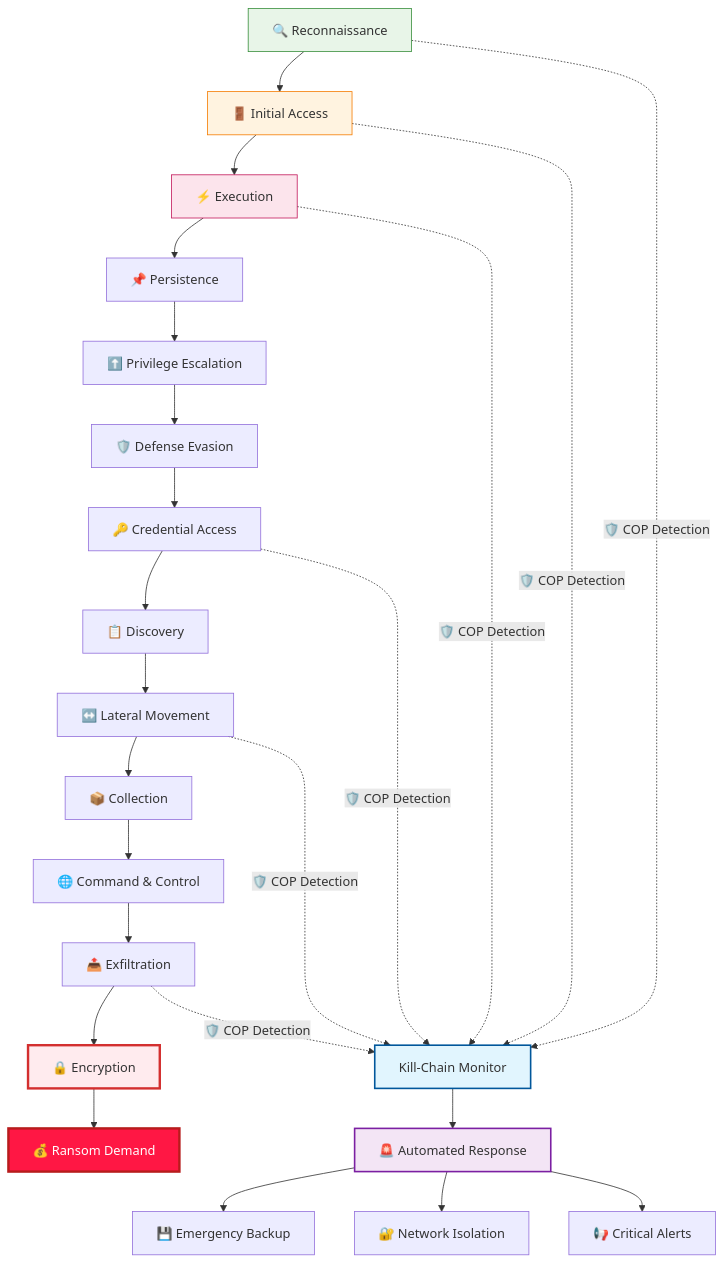
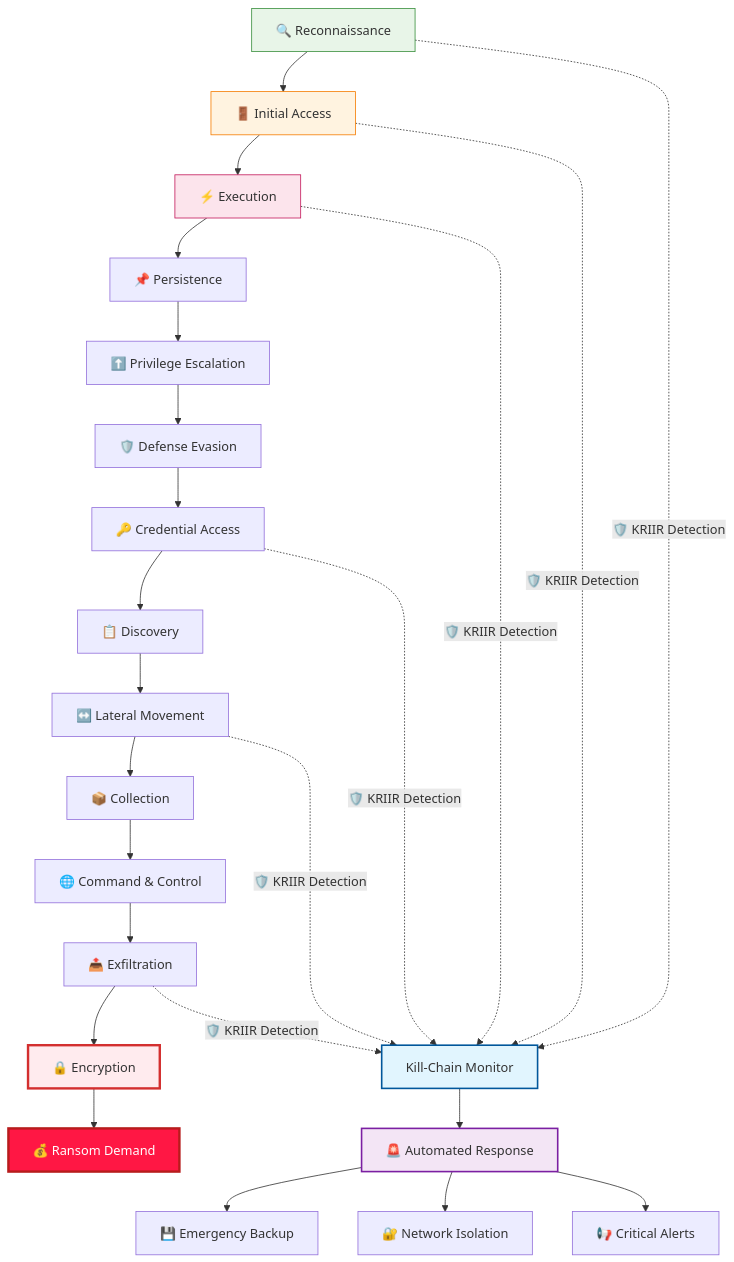
One commit to ossamalafhel/kriir changed the first of 2 diagrams in docs/PRODUCT_SPECIFICATION.md. Above: the diagram before and after it, drawn with Mermaid. The commit also changed other lines of this file and 13 other files, not shown here.

First line of the commit message:
Replace COP with KRIIR as product name throughout codebase

````diff
--- a/docs/PRODUCT_SPECIFICATION.md
+++ b/docs/PRODUCT_SPECIFICATION.md
@@ -90,37 +90,37 @@
 ```mermaid
 graph TD
     A[🔍 Reconnaissance] --> B[🚪 Initial Access]
     B --> C[⚡ Execution]
     C --> D[📌 Persistence]
     D --> E[⬆️ Privilege Escalation]
     E --> F[🛡️ Defense Evasion]
     F --> G[🔑 Credential Access]
     G --> H[📋 Discovery]
     H --> I[↔️ Lateral Movement]
     I --> J[📦 Collection]
     J --> K[🌐 Command & Control]
     K --> L[📤 Exfiltration]
     L --> M[🔒 Encryption]
     M --> N[💰 Ransom Demand]
     
     style A fill:#e8f5e8,stroke:#388e3c
     style B fill:#fff3e0,stroke:#f57c00
     style C fill:#fce4ec,stroke:#c2185b
     style M fill:#ffebee,stroke:#d32f2f,stroke-width:3px
     style N fill:#ff1744,color:#ffffff,stroke:#b71c1c,stroke-width:3px
     
-    A -.->|"🛡️ COP Detection"| O[Kill-Chain Monitor]
-    B -.->|"🛡️ COP Detection"| O
-    C -.->|"🛡️ COP Detection"| O
-    G -.->|"🛡️ COP Detection"| O
-    I -.->|"🛡️ COP Detection"| O
-    L -.->|"🛡️ COP Detection"| O
+    A -.->|"🛡️ KRIIR Detection"| O[Kill-Chain Monitor]
+    B -.->|"🛡️ KRIIR Detection"| O
+    C -.->|"🛡️ KRIIR Detection"| O
+    G -.->|"🛡️ KRIIR Detection"| O
+    I -.->|"🛡️ KRIIR Detection"| O
+    L -.->|"🛡️ KRIIR Detection"| O
     
     O --> P[🚨 Automated Response]
     P --> Q[💾 Emergency Backup]
     P --> R[🔐 Network Isolation]
     P --> S[📢 Critical Alerts]
     
     style O fill:#e1f5fe,stroke:#01579b,stroke-width:2px
     style P fill:#f3e5f5,stroke:#7b1fa2,stroke-width:2px
 ```
````
